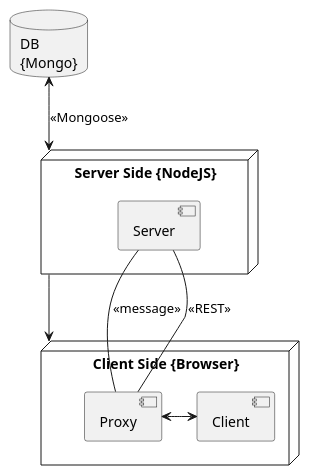
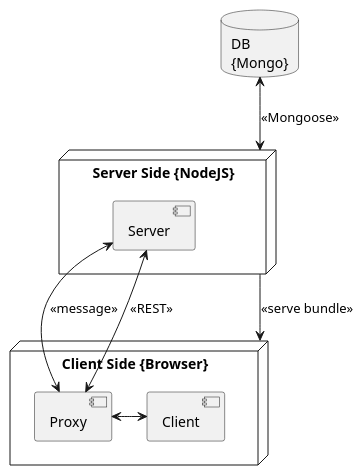
The diagram in docs/architecture/diagrams/deployment-view.puml (lazarljubenovic/grafaro), drawn with PlantUML before and after one commit. The commit also changed 2 other files, not shown here.

```diff
--- a/docs/architecture/diagrams/deployment-view.puml
+++ b/docs/architecture/diagrams/deployment-view.puml
@@ -1,22 +1,22 @@
 @startuml
 skinparam shadowing false
 
 database "DB\n{Mongo}" as db
 
 node "Server Side {NodeJS}" as ss {
   [Server]
 }
 
 node "Client Side {Browser}" as cs {
   [Proxy]
   [Client]
   Proxy <-> Client
 }
 
 db <--> ss : <<Mongoose>>
-ss --> cs
+ss -up-> cs : <<serve bundle>>
 
-Server -- Proxy : <<message>>
-Server -- Proxy : <<REST>>
+Server <--> Proxy : <<message>>
+Server <--> Proxy : <<REST>>
 
 @enduml
```
